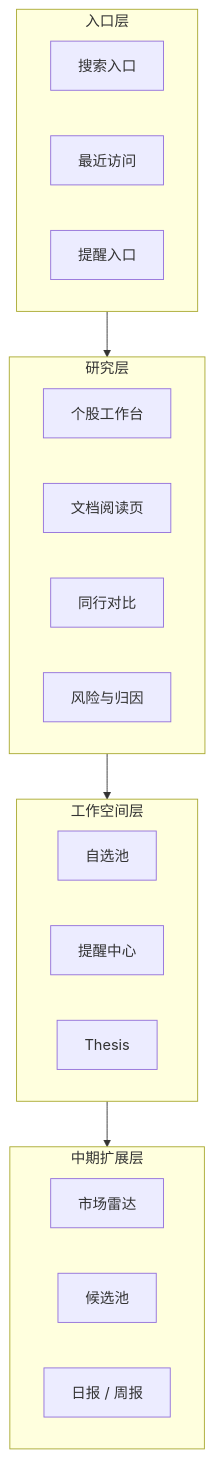
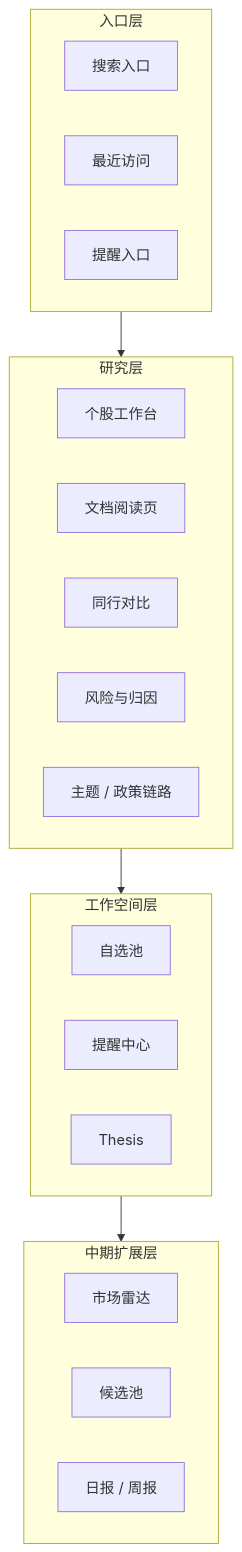
One commit to 583175694/alpha-sight changed the second of 5 diagrams in docs/prd.md. Above: the diagram before and after it, drawn with Mermaid. The commit also changed other lines of this file and 1 other file, not shown here.

First line of the commit message:
feat: update technical architecture documentation for v0.3

````diff
--- a/docs/prd.md
+++ b/docs/prd.md
@@ -430,29 +493,30 @@
 ```mermaid
 flowchart TD
     subgraph L1[入口层]
       A1[搜索入口]
       A2[最近访问]
       A3[提醒入口]
     end
 
     subgraph L2[研究层]
       B1[个股工作台]
       B2[文档阅读页]
       B3[同行对比]
       B4[风险与归因]
+      B5[主题 / 政策链路]
     end
 
     subgraph L3[工作空间层]
       C1[自选池]
       C2[提醒中心]
       C3[Thesis]
     end
 
     subgraph L4[中期扩展层]
       D1[市场雷达]
       D2[候选池]
       D3[日报 / 周报]
     end
 
     L1 --> L2 --> L3 --> L4
 ```
````
